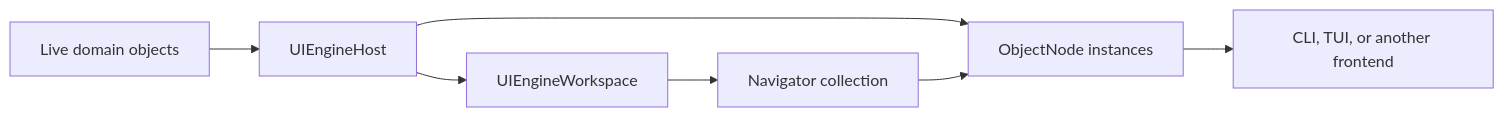
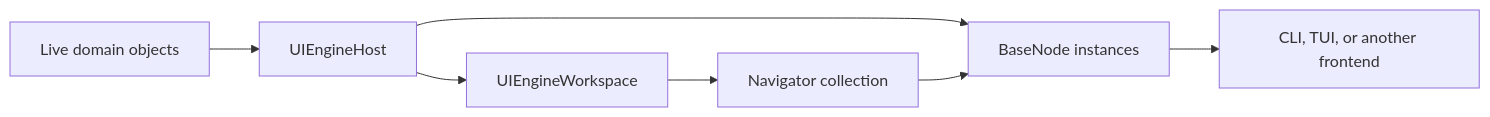
Before and after one commit to Quantumzhao/UIEngine: the diagram in docs/architecture.md, drawn with Mermaid. The commit also changed other lines of this file and 14 other files, not shown here.

Commit message:
rename `ObjectNode` to `BaseNode`

````diff
--- a/docs/architecture.md
+++ b/docs/architecture.md
@@ -6,9 +6,9 @@
 ```mermaid
 flowchart LR
     Domain[Live domain objects] --> Host[UIEngineHost]
-    Host --> Nodes[ObjectNode instances]
+    Host --> Nodes[BaseNode instances]
     Host --> Workspace[UIEngineWorkspace]
     Workspace --> Navigators[Navigator collection]
     Navigators --> Nodes
     Nodes --> Frontends[CLI, TUI, or another frontend]
 ```
````
